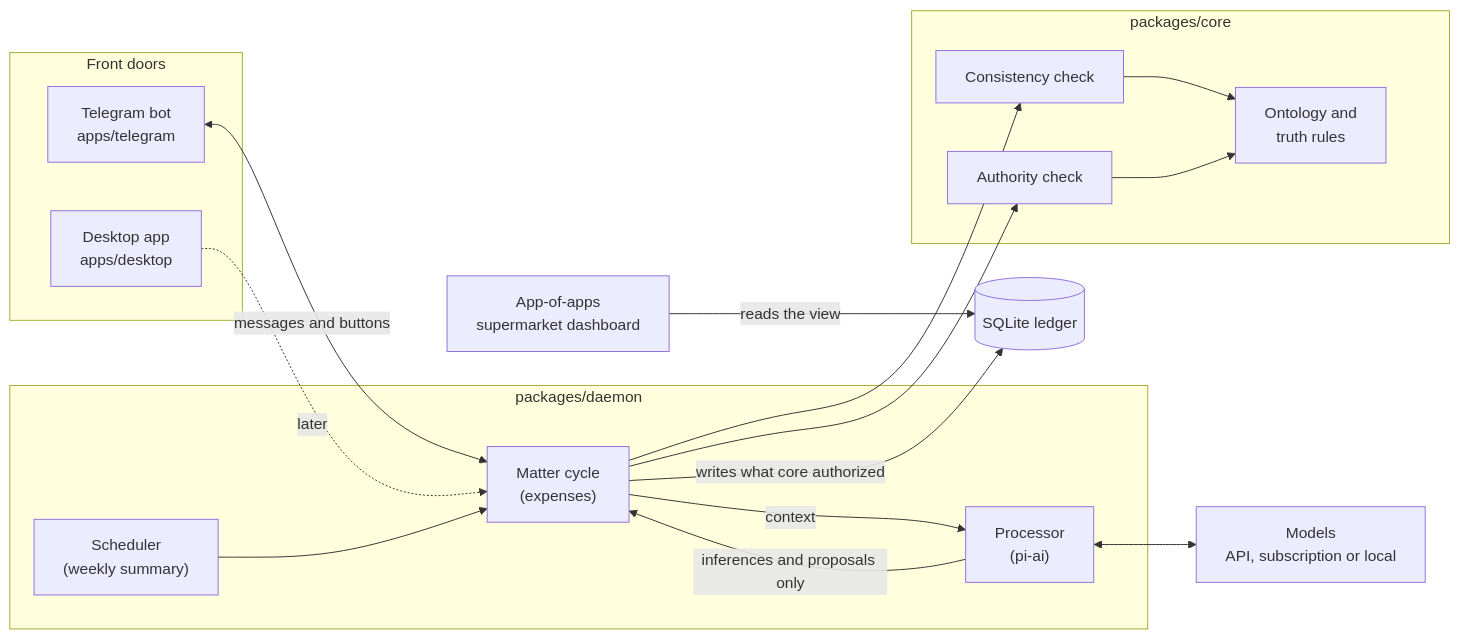
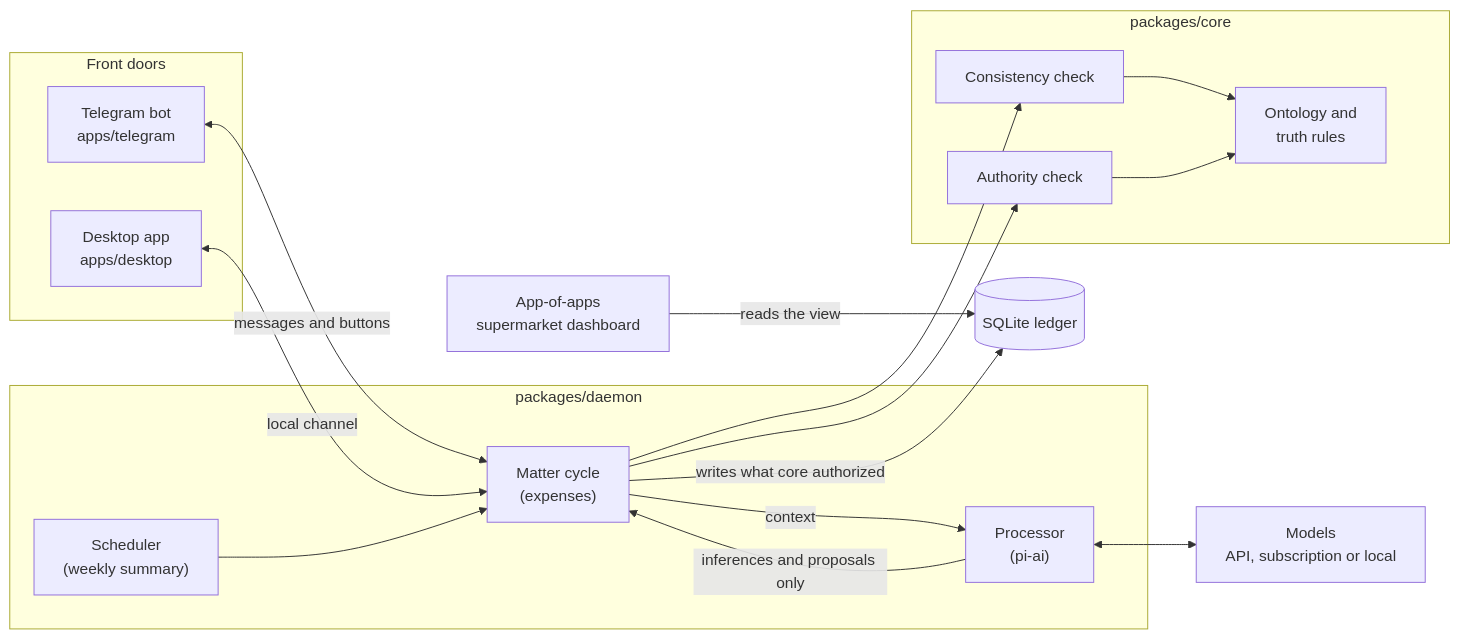
The diagram in README.md (Sitray/anomander), drawn with Mermaid before and after one commit. The commit also changed other lines of this file and 2 other files, not shown here.

````diff
--- a/README.md
+++ b/README.md
@@ -38,36 +71,36 @@
 ```mermaid
 flowchart LR
     subgraph doors["Front doors"]
         TG["Telegram bot<br/>apps/telegram"]
         DESK["Desktop app<br/>apps/desktop"]
     end
 
     subgraph daemon["packages/daemon"]
         CYCLE["Matter cycle<br/>(expenses)"]
         SCHED["Scheduler<br/>(weekly summary)"]
         PROC["Processor<br/>(pi-ai)"]
     end
 
     subgraph core["packages/core"]
         TRUTH["Ontology and<br/>truth rules"]
         CONS["Consistency check"]
         AUTH["Authority check"]
     end
 
     DB[("SQLite ledger")]
     MODELS["Models<br/>API, subscription or local"]
     DASH["App-of-apps<br/>supermarket dashboard"]
 
     TG <-->|messages and buttons| CYCLE
-    DESK -.->|later| CYCLE
+    DESK <-->|local channel| CYCLE
     SCHED --> CYCLE
     CYCLE -->|context| PROC
     PROC <--> MODELS
     PROC -->|inferences and proposals only| CYCLE
     CYCLE --> CONS
     CYCLE --> AUTH
     CONS --> TRUTH
     AUTH --> TRUTH
     CYCLE -->|writes what core authorized| DB
     DASH -->|reads the view| DB
 ```
````
